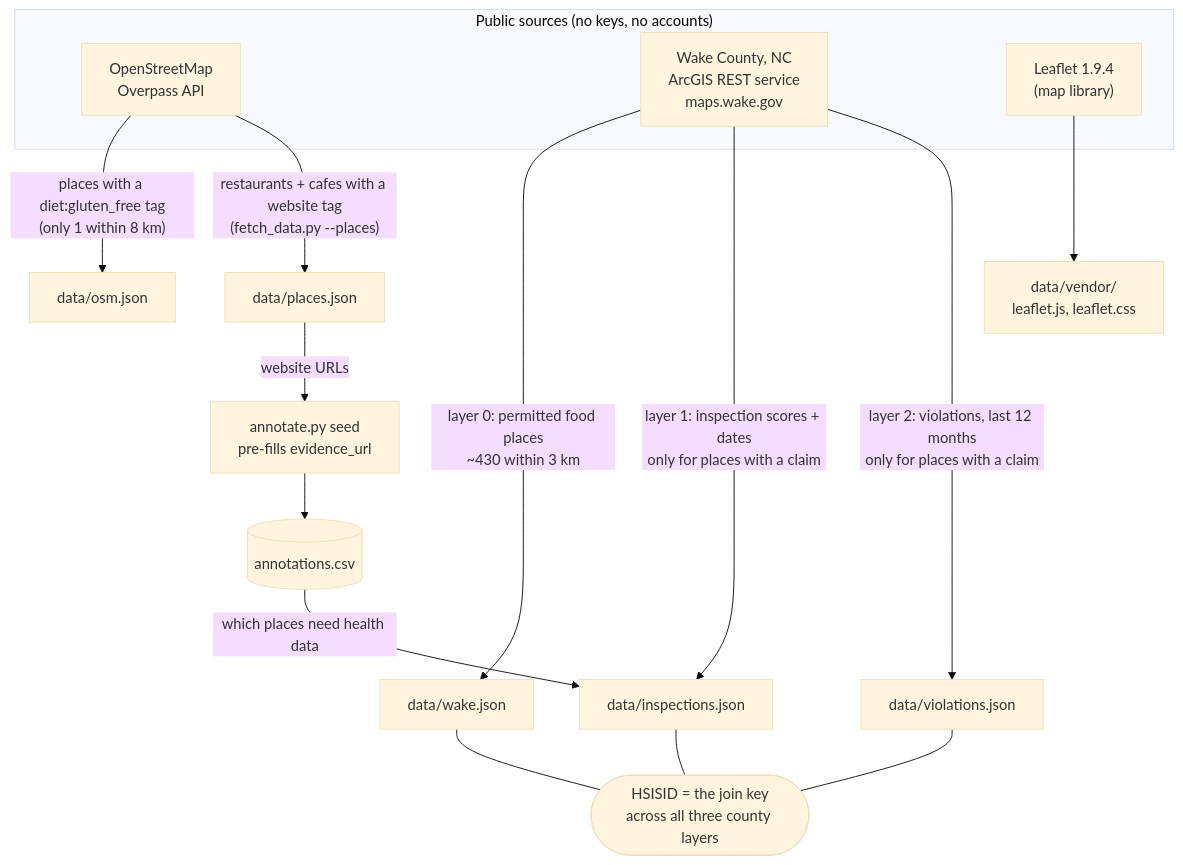
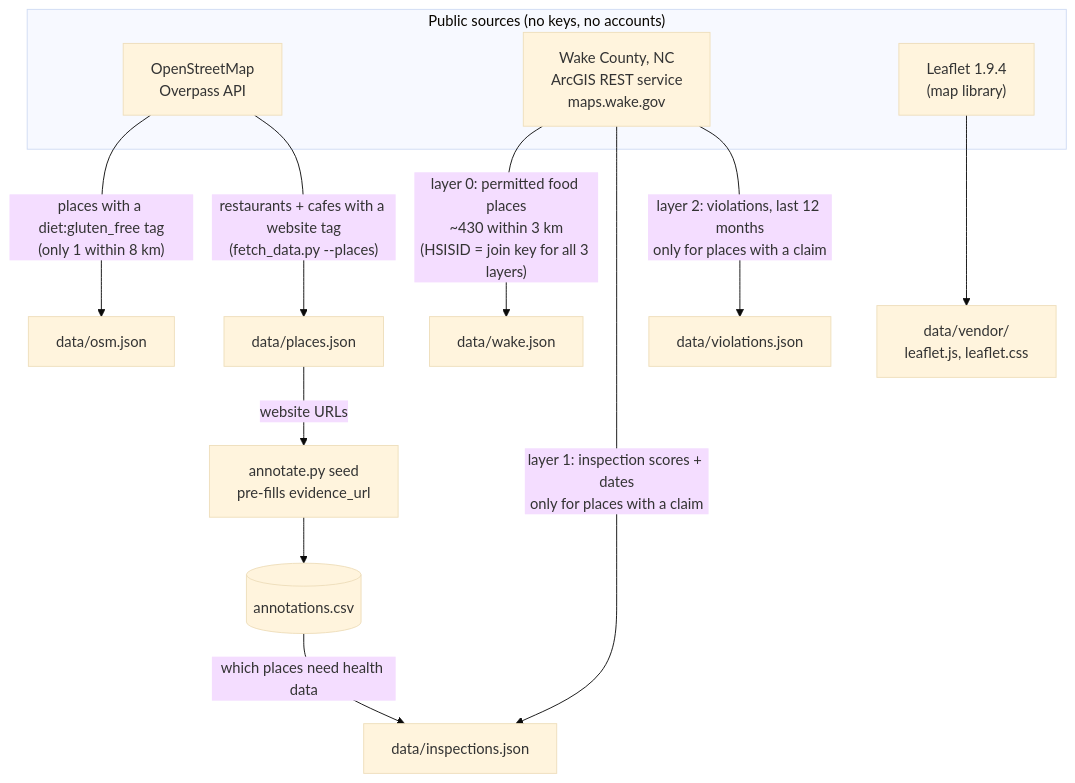
The first of 3 diagrams in README.md (rippy/ato_mlh_2026), drawn with Mermaid (base theme) before and after one commit. The commit also changed other lines of this file, not shown here.

Commit message:
README: simplify mermaid diagrams (verified by rendering)

````diff
--- a/README.md
+++ b/README.md
@@ -26,24 +26,19 @@
 ```mermaid
 flowchart TD
     subgraph SRC["Public sources (no keys, no accounts)"]
         OVP["OpenStreetMap<br/>Overpass API"]
         ARC["Wake County, NC<br/>ArcGIS REST service<br/>maps.wake.gov"]
         UNP["Leaflet 1.9.4<br/>(map library)"]
     end
 
     OVP -->|"places with a diet:gluten_free tag<br/>(only 1 within 8 km)"| OSMJ["data/osm.json"]
     OVP -->|"restaurants + cafes with a website tag<br/>(fetch_data.py --places)"| PLJ["data/places.json"]
-    ARC -->|"layer 0: permitted food places<br/>~430 within 3 km"| WKJ["data/wake.json"]
+    ARC -->|"layer 0: permitted food places<br/>~430 within 3 km<br/>(HSISID = join key for all 3 layers)"| WKJ["data/wake.json"]
     ARC -->|"layer 1: inspection scores + dates<br/>only for places with a claim"| INJ["data/inspections.json"]
     ARC -->|"layer 2: violations, last 12 months<br/>only for places with a claim"| VIJ["data/violations.json"]
     UNP --> VEN["data/vendor/<br/>leaflet.js, leaflet.css"]
-
-    HS(["HSISID = the join key<br/>across all three county layers"])
-    WKJ --- HS
-    INJ --- HS
-    VIJ --- HS
 
     PLJ -->|"website URLs"| SEED["annotate.py seed<br/>pre-fills evidence_url"]
     SEED --> ANN[("annotations.csv")]
     ANN -->|"which places need health data"| INJ
 ```
````
